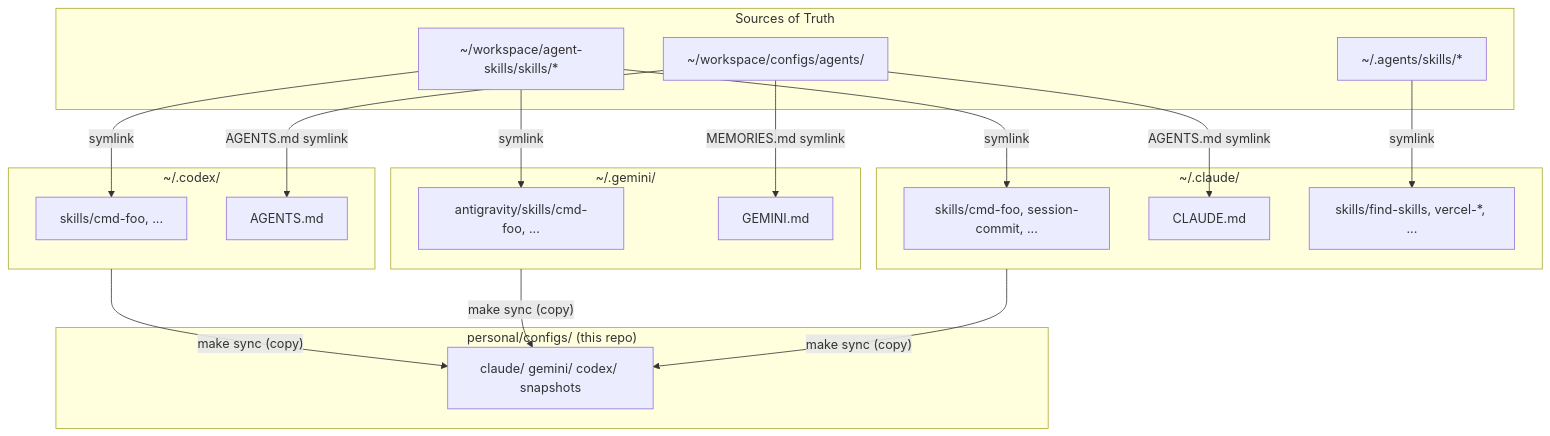
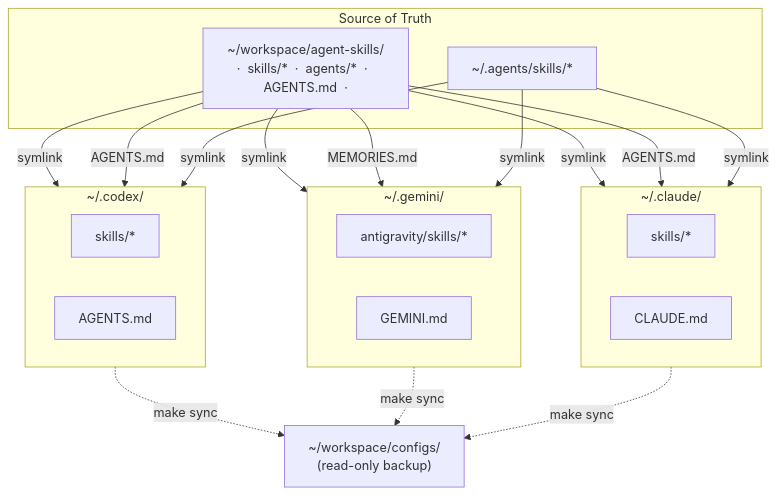
The first of 3 diagrams in personal/README.md (Olshansk/agent-session-commit), drawn with Mermaid before and after one commit. The commit also changed other lines of this file and 10 other files, not shown here.

````diff
--- a/personal/README.md
+++ b/personal/README.md
@@ -24,42 +23,42 @@
 ```mermaid
 graph TB
-    subgraph sources["Sources of Truth"]
-        skills["~/workspace/agent-skills/skills/*"]
-        instructions["~/workspace/configs/agents/"]
+    subgraph sources["Source of Truth"]
+        repo["~/workspace/agent-skills/<br/>·  skills/*  ·  agents/*  ·  AGENTS.md  ·"]
         thirdparty["~/.agents/skills/*"]
     end
 
     subgraph claude["~/.claude/"]
-        claude_skills["skills/cmd-foo, session-commit, ..."]
+        direction LR
+        claude_skills["skills/*"]
         claude_md["CLAUDE.md"]
-        claude_3p["skills/find-skills, vercel-*, ..."]
     end
 
     subgraph gemini["~/.gemini/"]
-        gemini_skills["antigravity/skills/cmd-foo, ..."]
+        direction LR
+        gemini_skills["antigravity/skills/*"]
         gemini_md["GEMINI.md"]
     end
 
     subgraph codex["~/.codex/"]
-        codex_skills["skills/cmd-foo, ..."]
+        direction LR
+        codex_skills["skills/*"]
         codex_md["AGENTS.md"]
     end
 
-    subgraph backup["personal/configs/ (this repo)"]
-        snap["claude/ gemini/ codex/ snapshots"]
-    end
+    backup["~/workspace/configs/<br/>(read-only backup)"]
 
-    skills -->|symlink| claude_skills
-    skills -->|symlink| gemini_skills
-    skills -->|symlink| codex_skills
+    repo -->|"symlink"| claude_skills
+    repo -->|"symlink"| gemini_skills
+    repo -->|"symlink"| codex_skills
+    repo -->|"AGENTS.md"| claude_md
+    repo -->|"MEMORIES.md"| gemini_md
+    repo -->|"AGENTS.md"| codex_md
 
-    instructions -->|"AGENTS.md symlink"| claude_md
-    instructions -->|"MEMORIES.md symlink"| gemini_md
-    instructions -->|"AGENTS.md symlink"| codex_md
+    thirdparty -->|"symlink"| claude_skills
+    thirdparty -->|"symlink"| gemini_skills
+    thirdparty -->|"symlink"| codex_skills
 
-    thirdparty -->|symlink| claude_3p
-
-    claude -->|"make sync (copy)"| snap
-    gemini -->|"make sync (copy)"| snap
-    codex -->|"make sync (copy)"| snap
+    claude -.->|"make sync"| backup
+    gemini -.->|"make sync"| backup
+    codex -.->|"make sync"| backup
 ```
````
